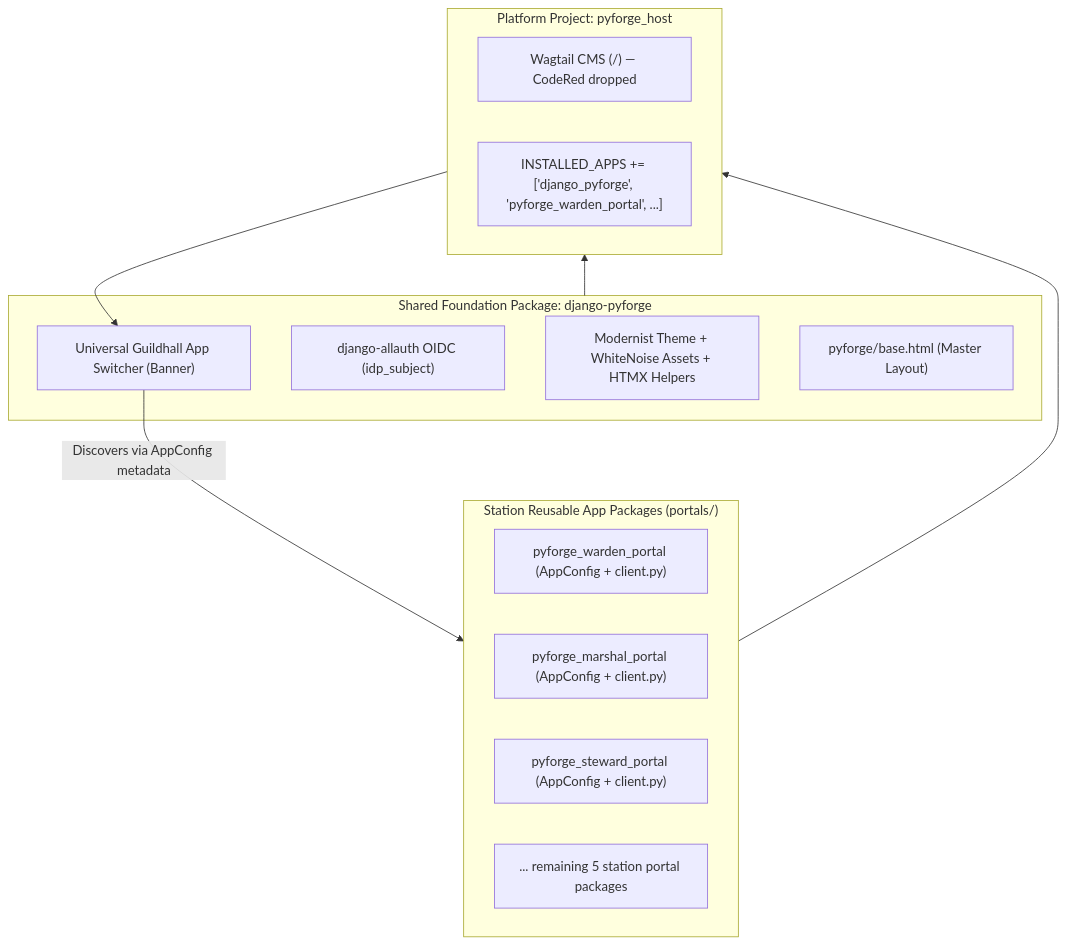
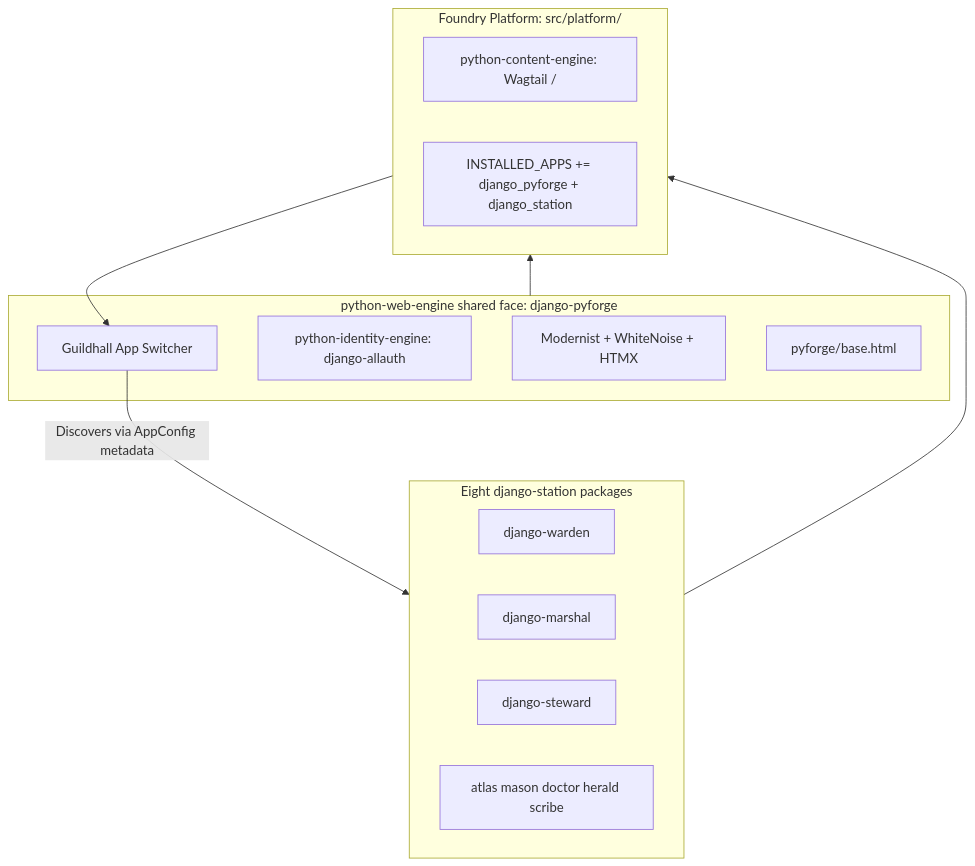
Before and after one commit to rxm7706/local-recipes: the second of 13 diagrams in docs/dreams/pyforge-unifying-strategy.md, drawn with Mermaid. The commit also changed other lines of this file and 18 other files, not shown here.

````diff
--- a/docs/dreams/pyforge-unifying-strategy.md
+++ b/docs/dreams/pyforge-unifying-strategy.md
@@ -559,26 +591,26 @@
 ```mermaid
 graph TD
-    subgraph Foundation["Shared Foundation Package: django-pyforge"]
-        AppSwitcher["Universal Guildhall App Switcher (Banner)"]
-        SSOMiddleware["django-allauth OIDC (idp_subject)"]
-        DesignSystem["Modernist Theme + WhiteNoise Assets + HTMX Helpers"]
-        BaseTemplate["pyforge/base.html (Master Layout)"]
+    subgraph Foundation["python-web-engine shared face: django-pyforge"]
+        AppSwitcher["Guildhall App Switcher"]
+        SSOMiddleware["python-identity-engine: django-allauth"]
+        DesignSystem["Modernist + WhiteNoise + HTMX"]
+        BaseTemplate["pyforge/base.html"]
     end
 
-    subgraph ReusableApps["Station Reusable App Packages (portals/)"]
-        WardenApp["pyforge_warden_portal (AppConfig + client.py)"]
-        MarshalApp["pyforge_marshal_portal (AppConfig + client.py)"]
-        StewardApp["pyforge_steward_portal (AppConfig + client.py)"]
-        OtherApps["... remaining 5 station portal packages"]
+    subgraph ReusableApps["Eight django-station packages"]
+        WardenApp["django-warden"]
+        MarshalApp["django-marshal"]
+        StewardApp["django-steward"]
+        OtherApps["atlas mason doctor herald scribe"]
     end
 
-    subgraph CentralHost["Platform Project: pyforge_host"]
-        WagtailHost["Wagtail CMS (/) — CodeRed dropped"]
-        SettingsConfig["INSTALLED_APPS += ['django_pyforge', 'pyforge_warden_portal', ...]"]
+    subgraph CentralHost["Foundry Platform: src/platform/"]
+        WagtailHost["python-content-engine: Wagtail /"]
+        SettingsConfig["INSTALLED_APPS += django_pyforge + django_station"]
     end
 
     Foundation --> CentralHost
     ReusableApps --> CentralHost
     CentralHost --> AppSwitcher
     AppSwitcher -- "Discovers via AppConfig metadata" --> ReusableApps
 ```
````
